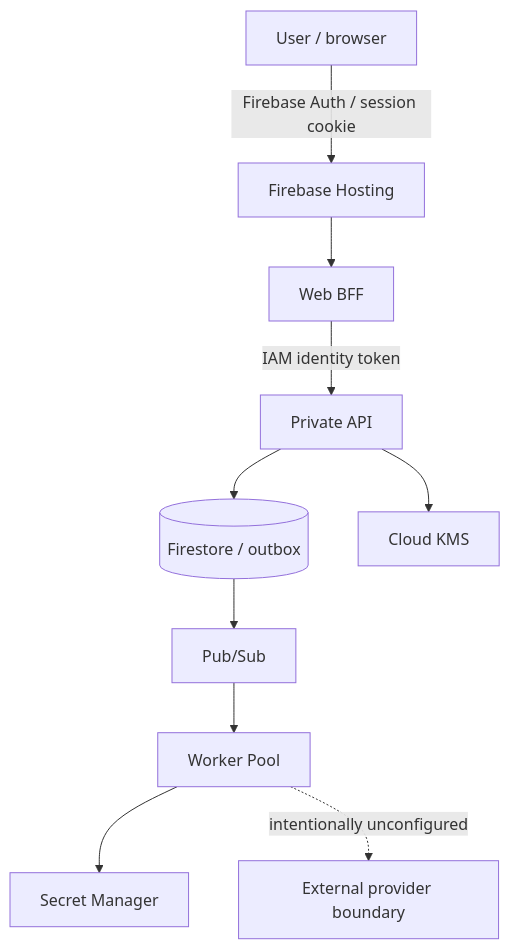
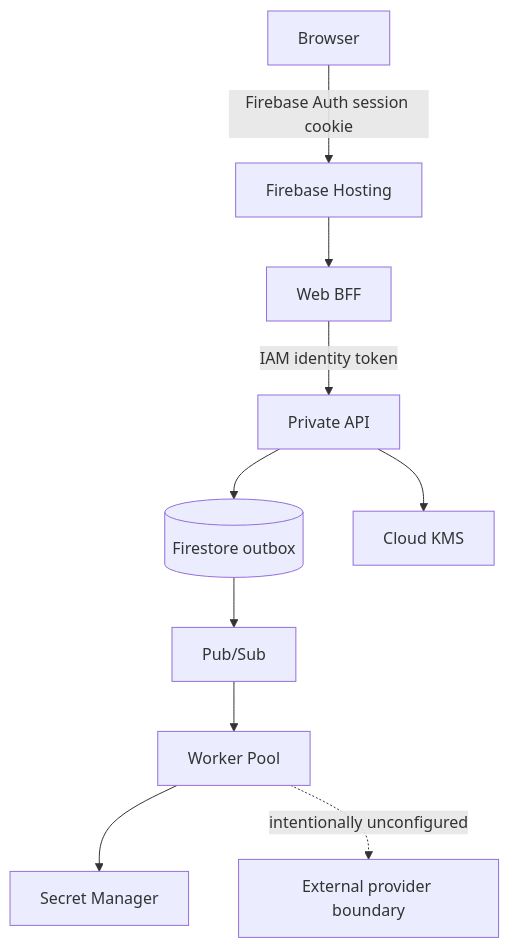
One commit to Adellaghmari/boundarymesh changed the first of 2 diagrams in README.md. Above: the diagram before and after it, drawn with Mermaid. The commit also changed other lines of this file, not shown here.

````diff
--- a/README.md
+++ b/README.md
@@ -19,23 +19,23 @@
 ```mermaid
 flowchart TD
-  user[User / browser]
+  user[Browser]
   hosting[Firebase Hosting]
   bff[Web BFF]
   api[Private API]
-  fs[(Firestore / outbox)]
+  fs[(Firestore outbox)]
   kms[Cloud KMS]
   sm[Secret Manager]
   ps[Pub/Sub]
   worker[Worker Pool]
   ext[External provider boundary]
 
-  user -->|Firebase Auth / session cookie| hosting
+  user -->|Firebase Auth session cookie| hosting
   hosting --> bff
   bff -->|IAM identity token| api
   api --> fs
   api --> kms
   fs --> ps
   ps --> worker
   worker --> sm
   worker -.->|intentionally unconfigured| ext
 ```
````
